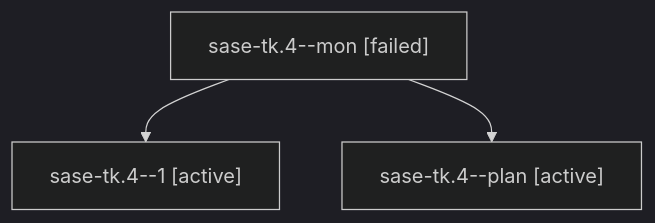
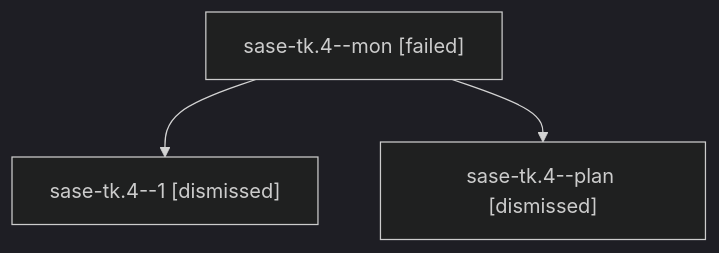
One commit to sase-org/sase--agents changed the diagram in sessions/bbugyi200.athena.sase-tk.4.md. Above: the diagram before and after it, drawn with Mermaid (dark theme). The commit also changed other lines of this file and 148 other files, not shown here.

````diff
--- a/sessions/bbugyi200.athena.sase-tk.4.md
+++ b/sessions/bbugyi200.athena.sase-tk.4.md
@@ -9,8 +9,8 @@
 ```mermaid
 flowchart TD
   n0["sase-tk.4--mon [failed]"]
-  n1["sase-tk.4--1 [active]"]
+  n1["sase-tk.4--1 [dismissed]"]
   n0 --> n1
-  n2["sase-tk.4--plan [active]"]
+  n2["sase-tk.4--plan [dismissed]"]
   n0 --> n2
 ```
````
